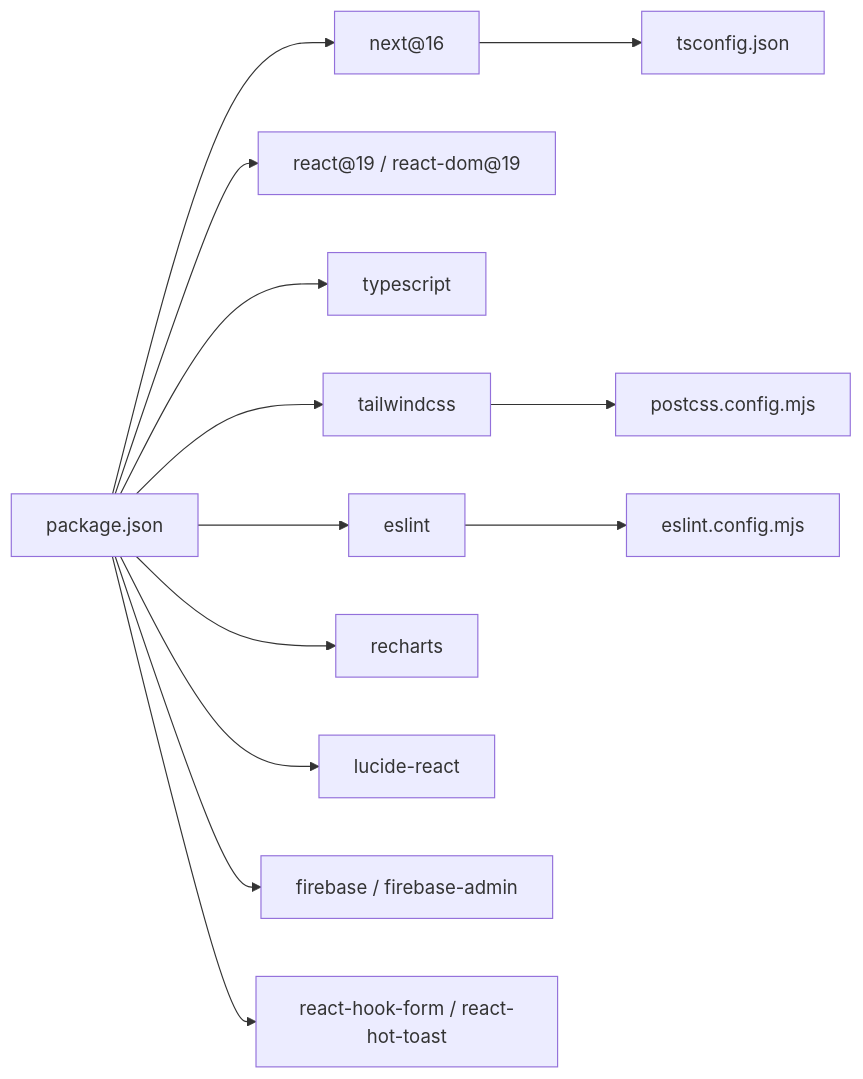
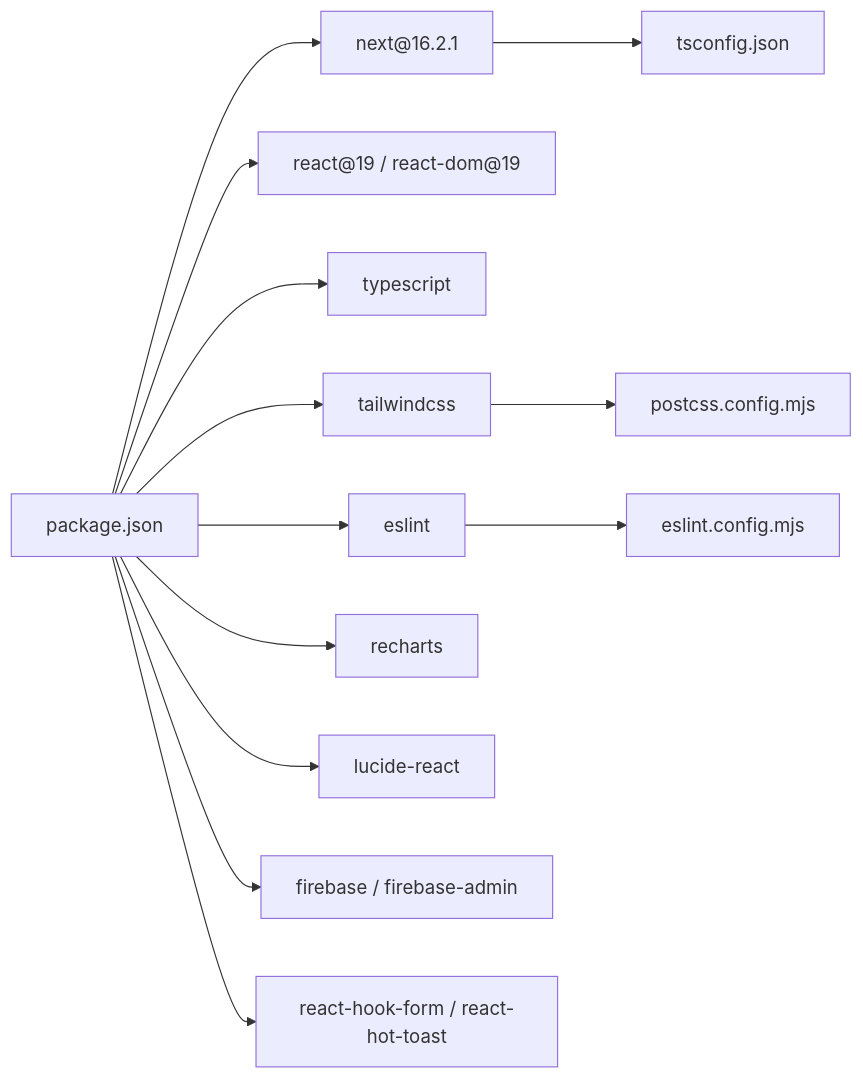
Before and after one commit to Unsure-bry/sampacoop_system: the eighth of 8 diagrams in .qoder/repowiki/en/content/Project Overview/Technology Stack.md, drawn with Mermaid. The commit also changed other lines of this file and 12 other files, not shown here.

````diff
--- a/.qoder/repowiki/en/content/Project Overview/Technology Stack.md
+++ b/.qoder/repowiki/en/content/Project Overview/Technology Stack.md
@@ -335,15 +367,15 @@
 ```mermaid
 graph LR
-Pkg["package.json"] --> Next["next@16"]
+Pkg["package.json"] --> Next["next@16.2.1"]
 Pkg --> React["react@19 / react-dom@19"]
 Pkg --> TS["typescript"]
 Pkg --> Tailwind["tailwindcss"]
 Pkg --> ESLint["eslint"]
 Pkg --> Recharts["recharts"]
 Pkg --> Lucide["lucide-react"]
 Pkg --> Firebase["firebase / firebase-admin"]
 Pkg --> Utils["react-hook-form / react-hot-toast"]
 Next --> ConfigTS["tsconfig.json"]
 Tailwind --> PostCSS["postcss.config.mjs"]
 ESLint --> ESLintCfg["eslint.config.mjs"]
 ```
````
